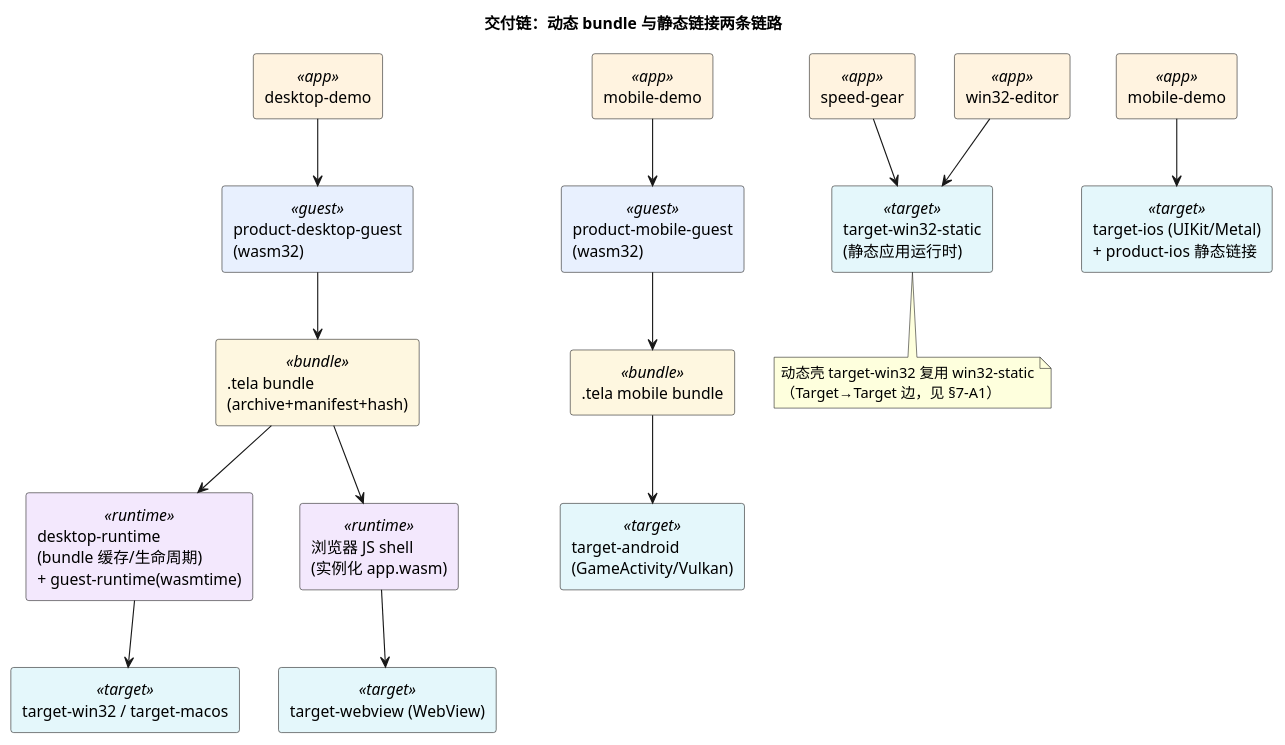
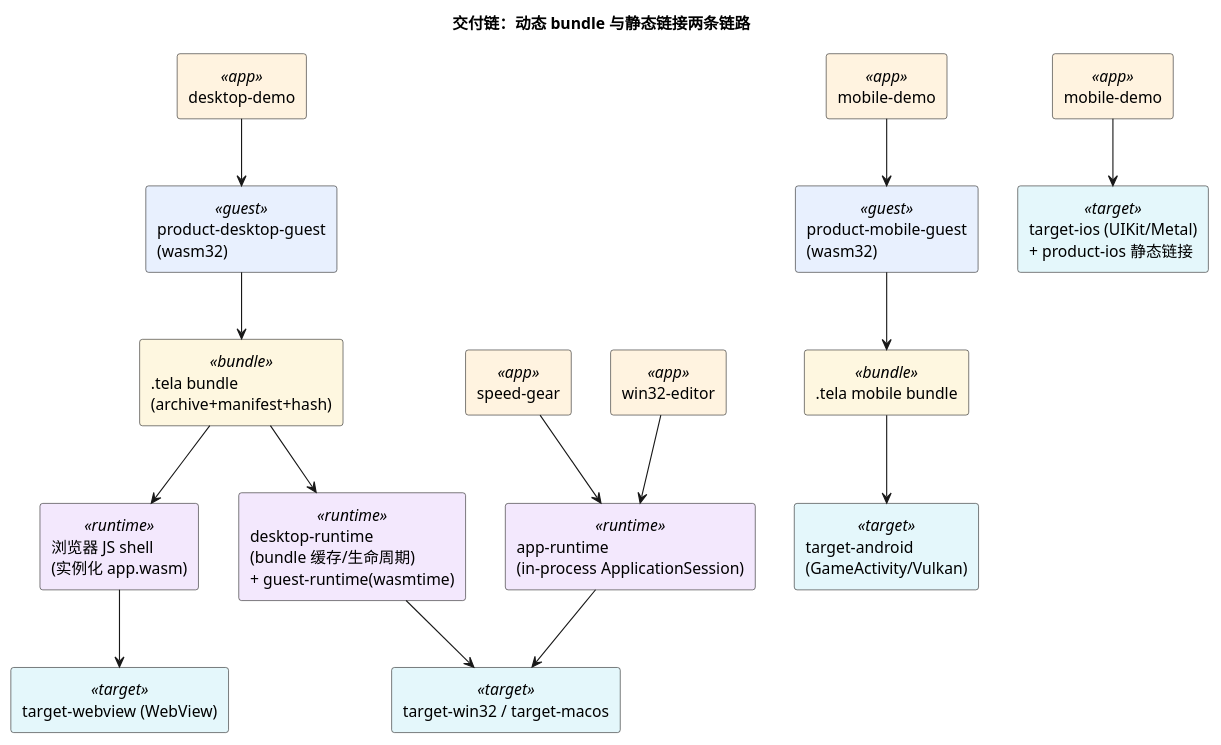
Before and after one commit to nyml2003/tela: the fourth of 5 diagrams in docs/002-架构总览与分层.md, drawn with PlantUML. The commit also changed other lines of this file and 61 other files, not shown here.

Commit message:
Extract session protocol into app-session and app-runtime crates

````diff
--- a/docs/002-架构总览与分层.md
+++ b/docs/002-架构总览与分层.md
@@ -342,50 +348,47 @@
 ```plantuml
 @startuml{002-delivery}
 title 交付链：动态 bundle 与静态链接两条链路
 skinparam shadowing false
 skinparam rectangle {
   BackgroundColor<<app>> #FFF3E0
   BackgroundColor<<guest>> #E8F0FE
   BackgroundColor<<bundle>> #FEF7E0
   BackgroundColor<<runtime>> #F3E8FD
   BackgroundColor<<target>> #E4F7FB
 }
 
 rectangle "desktop-demo" <<app>> as dd
 rectangle "product-desktop-guest\n(wasm32)" <<guest>> as pdg
 rectangle "mobile-demo" <<app>> as md
 rectangle "product-mobile-guest\n(wasm32)" <<guest>> as pmg
 rectangle "speed-gear" <<app>> as sg
 rectangle "win32-editor" <<app>> as we
 rectangle "mobile-demo" <<app>> as md2
 
 rectangle ".tela bundle\n(archive+manifest+hash)" <<bundle>> as bundle_d
 rectangle ".tela mobile bundle" <<bundle>> as bundle_m
 
 rectangle "desktop-runtime\n(bundle 缓存/生命周期)\n+ guest-runtime(wasmtime)" <<runtime>> as drt
 rectangle "浏览器 JS shell\n(实例化 app.wasm)" <<runtime>> as websh
 
 rectangle "target-win32 / target-macos" <<target>> as tdesk
 rectangle "target-webview (WebView)" <<target>> as tweb
 rectangle "target-android\n(GameActivity/Vulkan)" <<target>> as tand
 rectangle "target-ios (UIKit/Metal)\n+ product-ios 静态链接" <<target>> as tios
-rectangle "target-win32-static\n(静态应用运行时)" <<target>> as twns
+rectangle "app-runtime\n(in-process ApplicationSession)" <<runtime>> as aruntime
 
 dd --> pdg
 pdg --> bundle_d
 md --> pmg
 pmg --> bundle_m
 bundle_d --> drt
 bundle_d --> websh
 drt --> tdesk
 websh --> tweb
 bundle_m --> tand
 md2 --> tios
-sg --> twns
-we --> twns
-note bottom of twns
-  动态壳 target-win32 复用 win32-static
-  （Target→Target 边，见 §7-A1）
-end note
+sg --> aruntime
+we --> aruntime
+aruntime --> tdesk
 @enduml
 ```
````
